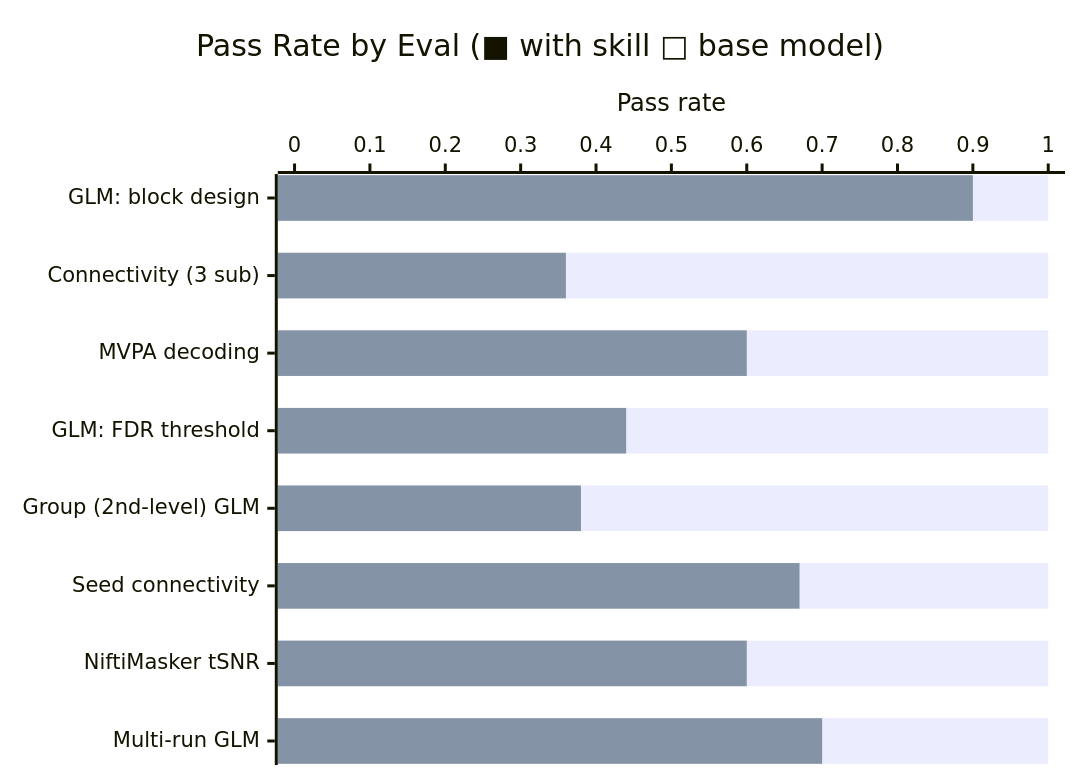
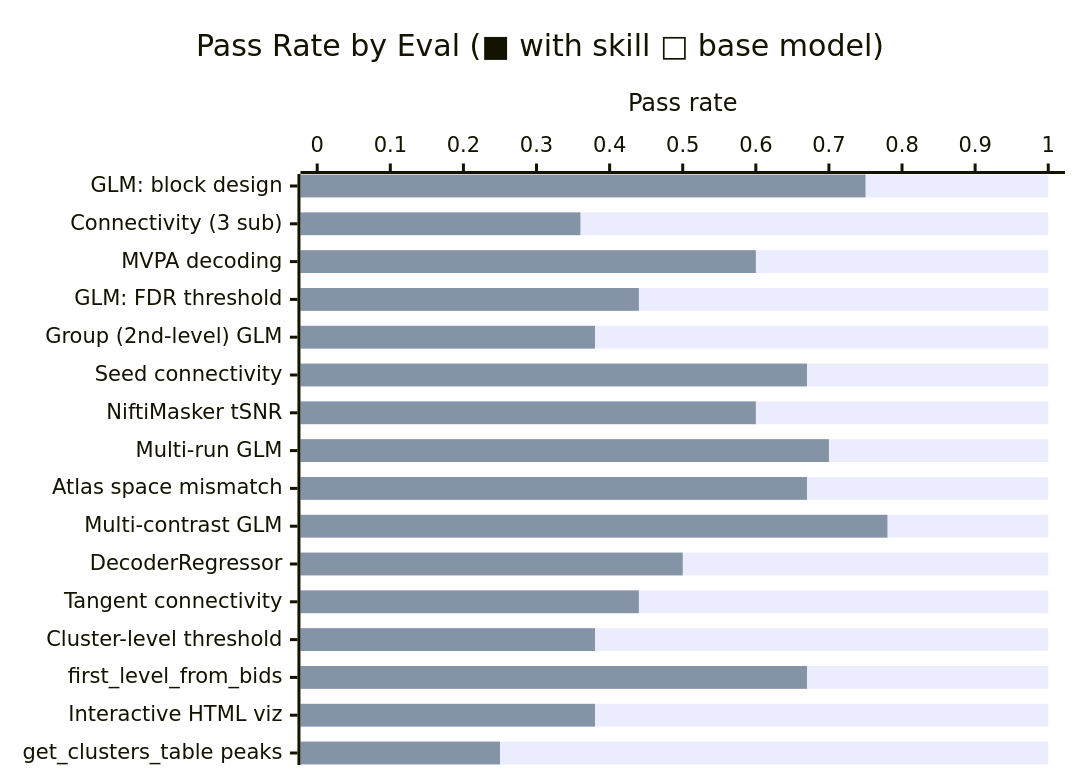
The diagram in nilearn-fmri/README.md (JacobElder/jakes-skills), drawn with Mermaid before and after one commit. The commit also changed other lines of this file and 4 other files, not shown here.

````diff
--- a/nilearn-fmri/README.md
+++ b/nilearn-fmri/README.md
@@ -97,8 +104,8 @@
 ```mermaid
 xychart-beta horizontal
     title "Pass Rate by Eval (■ with skill  □ base model)"
-    x-axis ["GLM: block design", "Connectivity (3 sub)", "MVPA decoding", "GLM: FDR threshold", "Group (2nd-level) GLM", "Seed connectivity", "NiftiMasker tSNR", "Multi-run GLM"]
+    x-axis ["GLM: block design", "Connectivity (3 sub)", "MVPA decoding", "GLM: FDR threshold", "Group (2nd-level) GLM", "Seed connectivity", "NiftiMasker tSNR", "Multi-run GLM", "Atlas space mismatch", "Multi-contrast GLM", "DecoderRegressor", "Tangent connectivity", "Cluster-level threshold", "first_level_from_bids", "Interactive HTML viz", "get_clusters_table peaks"]
     y-axis "Pass rate" 0 --> 1
-    bar [1.0, 1.0, 1.0, 1.0, 1.0, 1.0, 1.0, 1.0]
-    bar [0.90, 0.36, 0.60, 0.44, 0.38, 0.67, 0.60, 0.70]
+    bar [1.0, 1.0, 1.0, 1.0, 1.0, 1.0, 1.0, 1.0, 1.0, 1.0, 1.0, 1.0, 1.0, 1.0, 1.0, 1.0]
+    bar [0.75, 0.36, 0.60, 0.44, 0.38, 0.67, 0.60, 0.70, 0.67, 0.78, 0.50, 0.44, 0.38, 0.67, 0.38, 0.25]
 ```
````
